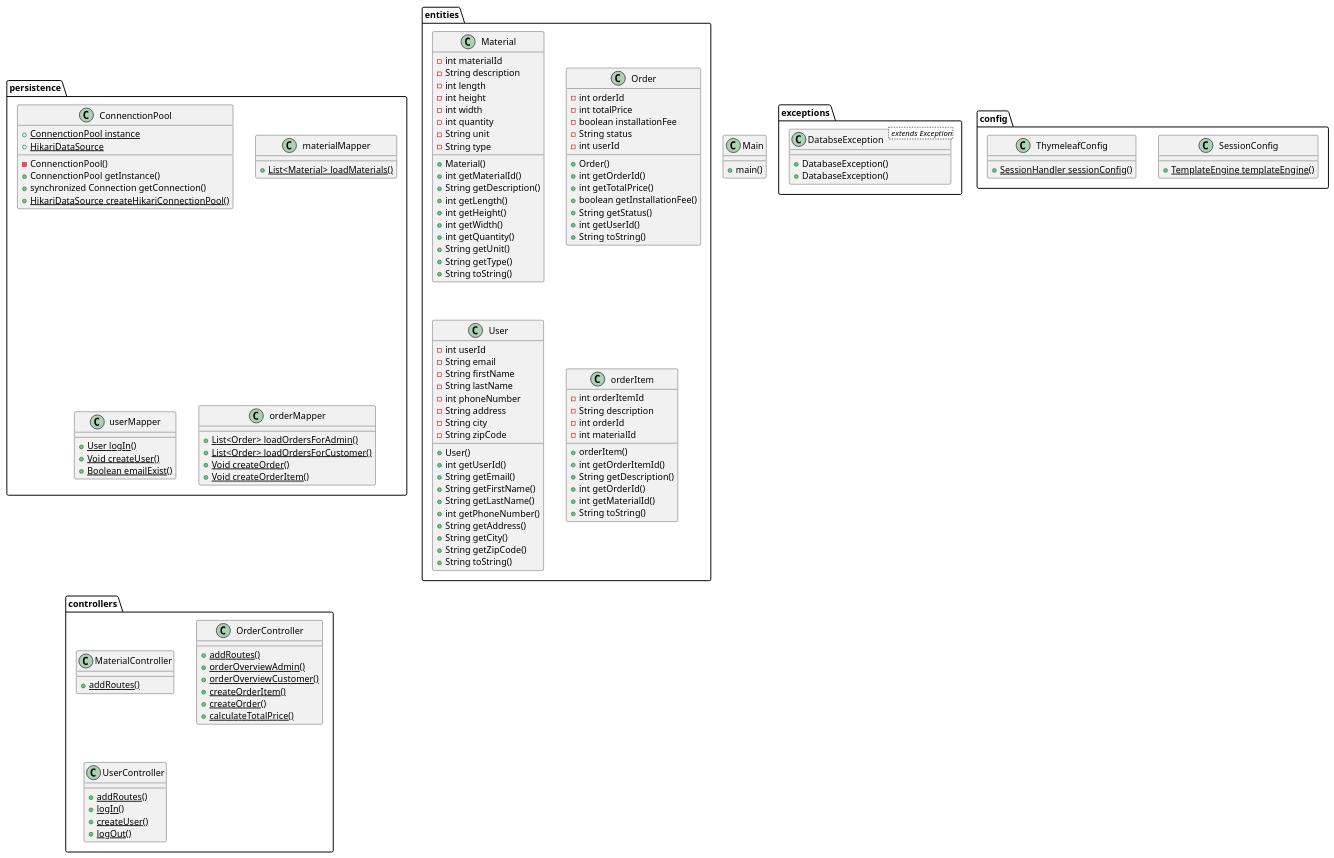
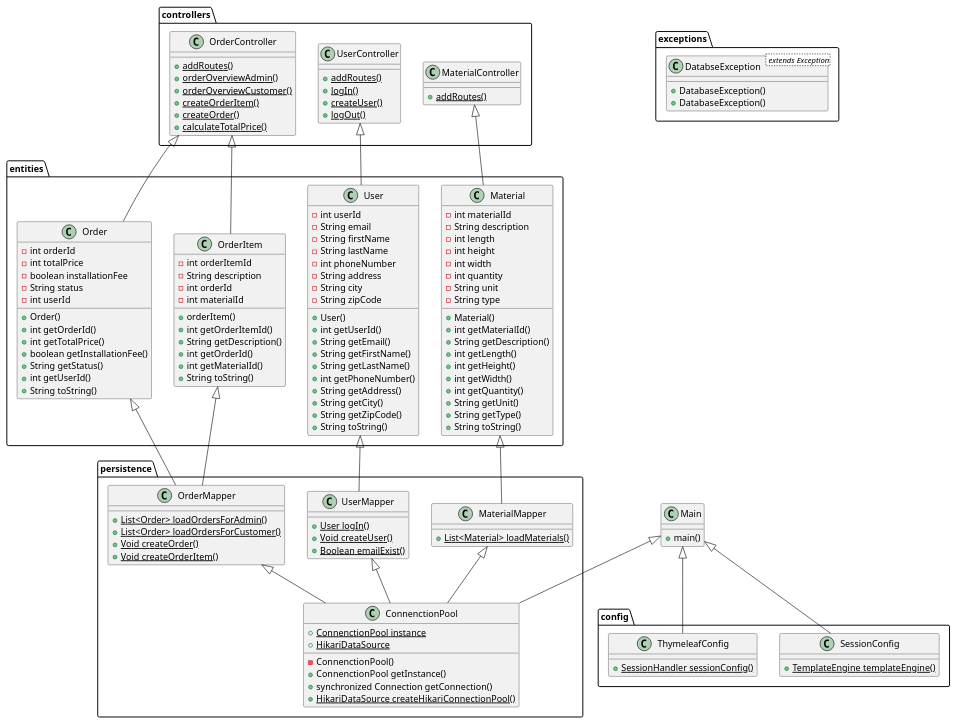
The diagram in CarportProjekt/Diagrammer/klassediagram.puml (TobiOneCanobi/SemesterProjekt-B8), drawn with PlantUML before and after one commit.

Commit message:
klassediagram
Aktivitets diagram asis, domænemodel og tobe

```diff
--- a/CarportProjekt/Diagrammer/klassediagram.puml
+++ b/CarportProjekt/Diagrammer/klassediagram.puml
@@ -1,166 +1,183 @@
 @startuml
 'https://plantuml.com/class-diagram
 
 
 
 Class Main{
 +main()
 }
 
 package persistence
 {
     Class ConnenctionPool{
         {static}+ConnenctionPool instance
         {static}+HikariDataSource
         -ConnenctionPool()
         +ConnenctionPool getInstance()
         +synchronized Connection getConnection()
          {static}+HikariDataSource createHikariConnectionPool()
         }
 
-        Class materialMapper{
+        Class MaterialMapper{
         {static}+List<Material> loadMaterials()
         }
 
-        Class userMapper{
+        Class UserMapper{
         {static}+User logIn()
         {static}+Void createUser()
         {static}+Boolean emailExist()
         }
 
-        Class orderMapper{
+        Class OrderMapper{
         {static}+List<Order> loadOrdersForAdmin()
         {static}+List<Order> loadOrdersForCustomer()
         {static}+Void createOrder()
         {static}+Void createOrderItem()
         }
 
 }
 
 package exceptions
 {
     Class DatabseException< extends Exception>{
     + DatabaseException()
     + DatabaseException()
     }
 }
 
 package entities
 {
 Class Material{
     -int materialId
     -String description
     -int length
     -int height
     -int width
     -int quantity
     -String unit
     -String type
 
     +Material()
     +int getMaterialId()
     +String getDescription()
     +int getLength()
     +int getHeight()
     +int getWidth()
     +int getQuantity()
     +String getUnit()
     +String getType()
     +String toString()
     }
 
 Class Order{
     - int orderId
     -int totalPrice
     -boolean installationFee
     -String status
     -int userId
 
     +Order()
     +int getOrderId()
     +int getTotalPrice()
     +boolean getInstallationFee()
     +String getStatus()
     +int getUserId()
     +String toString()
 }
 
 Class User {
     -int userId
     -String email
     -String firstName
     -String lastName
     -int phoneNumber
     -String address
     -String city
     -String zipCode
 
     +User()
     +int getUserId()
     +String getEmail()
     +String getFirstName()
     +String getLastName()
     +int getPhoneNumber()
     +String getAddress()
     +String getCity()
     +String getZipCode()
     +String toString()
     }
 
-Class orderItem{
+Class OrderItem{
     -int orderItemId
     -String description
     -int orderId
     -int materialId
 
     +orderItem()
     +int getOrderItemId()
     +String getDescription()
     +int getOrderId()
     +int getMaterialId()
     +String toString()
     }
 
 }
 
 package controllers
 {
     Class MaterialController{
     {static}+addRoutes()
 
     }
 
     Class OrderController{
     {static}+addRoutes()
     {static}+orderOverviewAdmin()
     {static}+orderOverviewCustomer()
     {static}+createOrderItem()
     {static}+createOrder()
     {static}+calculateTotalPrice()
     }
 
     Class UserController{
     {static}+addRoutes()
     {static}+logIn()
     {static}+createUser()
     {static}+logOut()
     }
 }
 
 package config
 {
     Class SessionConfig{
     {static}+TemplateEngine templateEngine()
     }
 
     Class ThymeleafConfig{
     {static}+SessionHandler sessionConfig()
     }
 }
 
+Main <|-- ConnenctionPool
+Main <|-- ThymeleafConfig
+Main <|-- SessionConfig
+
+UserMapper <|-- ConnenctionPool
+OrderMapper <|-- ConnenctionPool
+MaterialMapper <|-- ConnenctionPool
+
+User <|-- UserMapper
+Order <|-- OrderMapper
+OrderItem <|-- OrderMapper
+Material <|-- MaterialMapper
+
+UserController <|-- User
+OrderController <|-- Order
+OrderController <|-- OrderItem
+MaterialController <|-- Material
 
 
 
 
 
 @enduml
```
